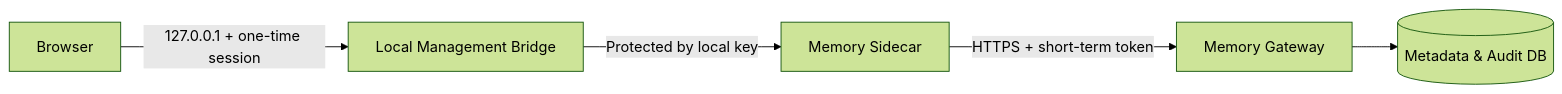
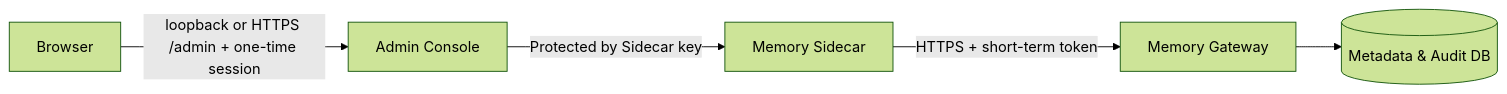
Before and after one commit to Buildlee/agent-memory-gateway: the second of 2 diagrams in docs/en/design-v2.md, drawn with Mermaid (forest theme). The commit also changed other lines of this file and 8 other files, not shown here.

````diff
--- a/docs/en/design-v2.md
+++ b/docs/en/design-v2.md
@@ -270,7 +270,7 @@
 ```mermaid
 flowchart LR
-  B["Browser"] -->|"127.0.0.1 + one-time session"| C["Local Management Bridge"]
-  C -->|"Protected by local key"| S["Memory Sidecar"]
+  B["Browser"] -->|"loopback or HTTPS /admin + one-time session"| C["Admin Console"]
+  C -->|"Protected by Sidecar key"| S["Memory Sidecar"]
   S -->|"HTTPS + short-term token"| G["Memory Gateway"]
   G --> M[("Metadata & Audit DB")]
 ```
````
